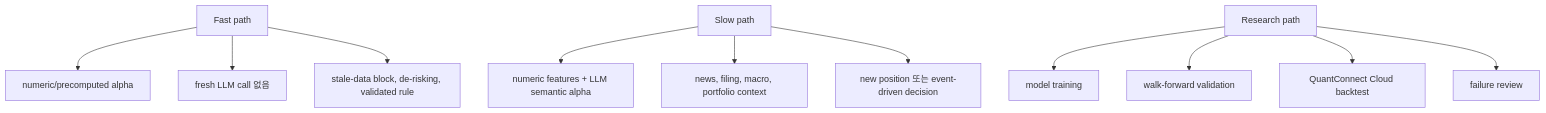
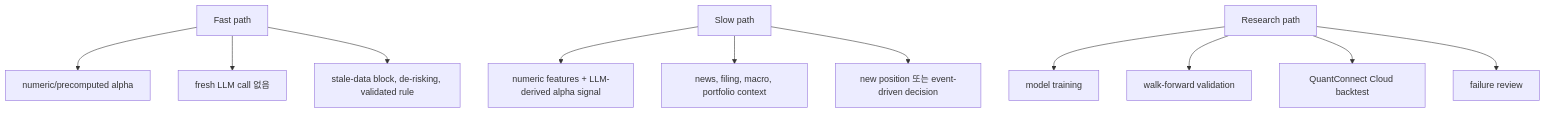
Before and after one commit to gigio1023/lincei-quant-research-engine: the seventh of 10 diagrams in result.md, drawn with Mermaid. The commit also changed other lines of this file and 83 other files, not shown here.

````diff
--- a/result.md
+++ b/result.md
@@ -324,15 +324,15 @@
 ```mermaid
 flowchart TD
     A["Fast path"] --> A1["numeric/precomputed alpha"]
     A --> A2["fresh LLM call 없음"]
     A --> A3["stale-data block, de-risking, validated rule"]
 
-    B["Slow path"] --> B1["numeric features + LLM semantic alpha"]
+    B["Slow path"] --> B1["numeric features + LLM-derived alpha signal"]
     B --> B2["news, filing, macro, portfolio context"]
     B --> B3["new position 또는 event-driven decision"]
 
     C["Research path"] --> C1["model training"]
     C --> C2["walk-forward validation"]
     C --> C3["QuantConnect Cloud backtest"]
     C --> C4["failure review"]
 ```
````
